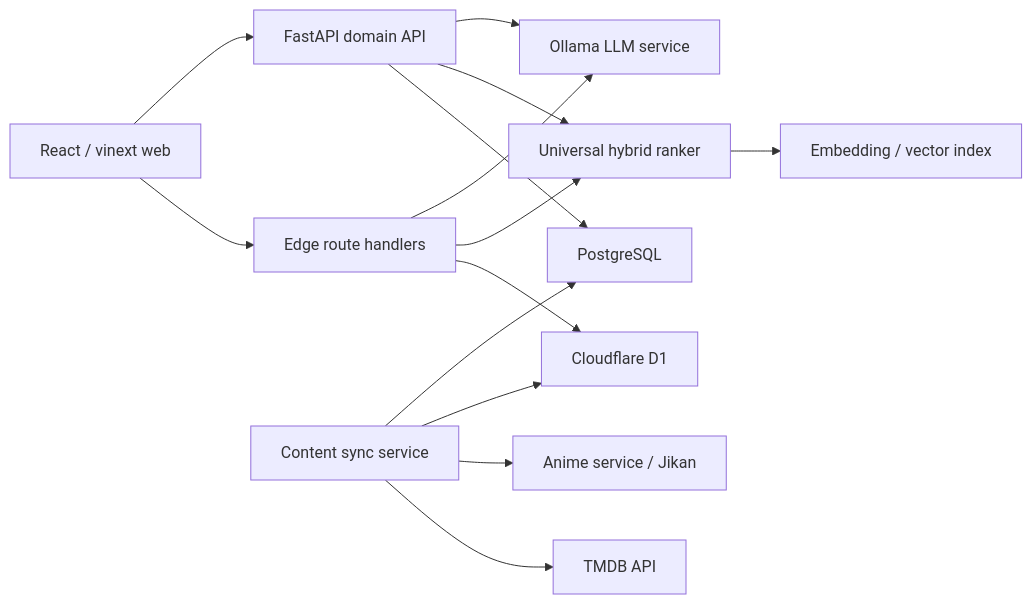
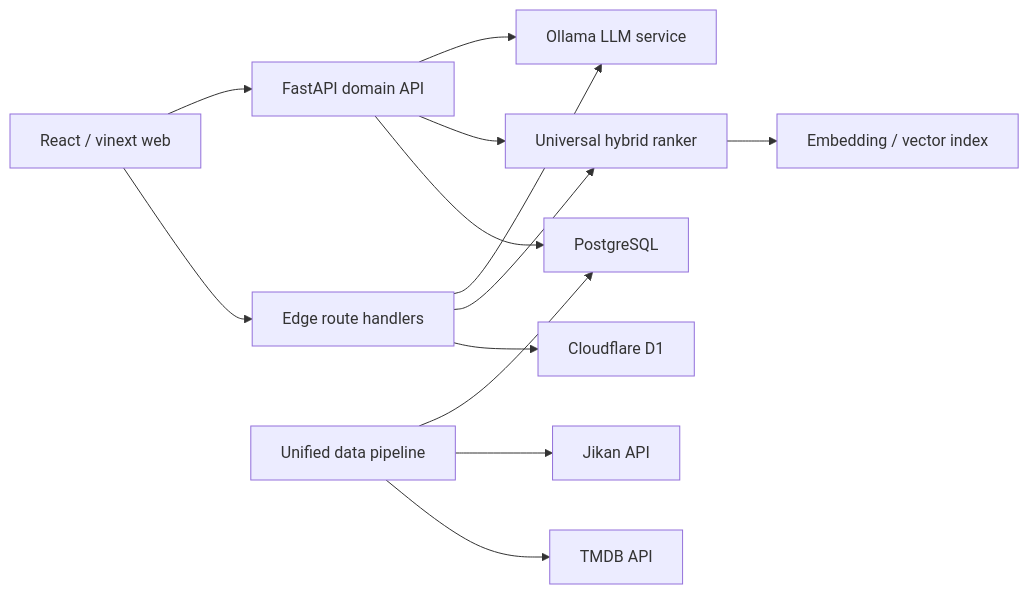
Before and after one commit to Punipun85/project-2: the diagram in ARCHITECTURE.md, drawn with Mermaid. The commit also changed other lines of this file and 6 other files, not shown here.

Commit message:
Consolidate anime ingestion into data pipeline

````diff
--- a/ARCHITECTURE.md
+++ b/ARCHITECTURE.md
@@ -3,16 +3,15 @@
 ```mermaid
 flowchart LR
     UI["React / vinext web"] --> EDGE["Edge route handlers"]
     UI --> API["FastAPI domain API"]
     EDGE --> D1["Cloudflare D1"]
     API --> PG["PostgreSQL"]
     EDGE --> REC["Universal hybrid ranker"]
     API --> REC
     EDGE --> AI["Ollama LLM service"]
     API --> AI
     REC --> VECTOR["Embedding / vector index"]
-    SYNC["Content sync service"] --> TMDB["TMDB API"]
-    SYNC --> ANIME["Anime service / Jikan"]
-    SYNC --> D1
-    SYNC --> PG
+    PIPELINE["Unified data pipeline"] --> TMDB["TMDB API"]
+    PIPELINE --> JIKAN["Jikan API"]
+    PIPELINE --> PG
 ```
````
